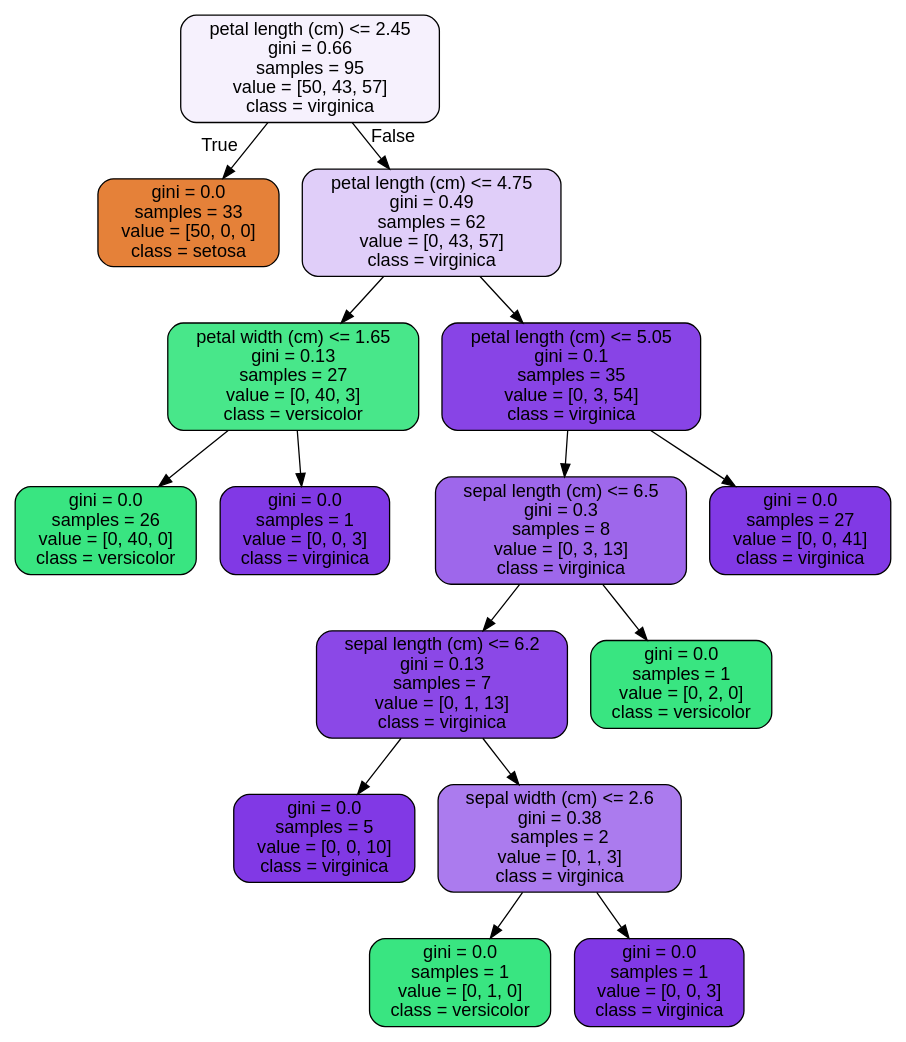
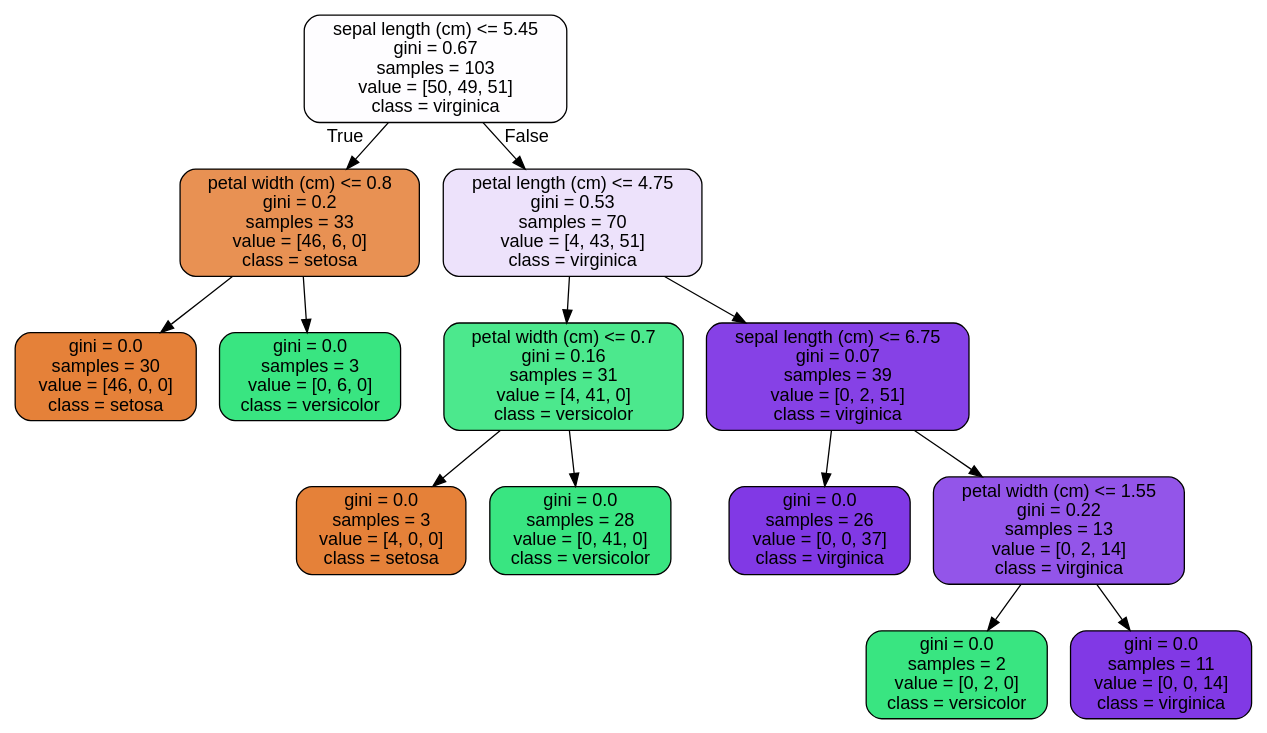
Before and after one commit to andrea-fantini/Springboard: the diagram in RandomForest_Covid_Case_Study/tree.dot, drawn with Graphviz. The commit also changed 1 other file, not shown here.

```diff
--- a/RandomForest_Covid_Case_Study/tree.dot
+++ b/RandomForest_Covid_Case_Study/tree.dot
@@ -1,33 +1,29 @@
 digraph Tree {
 node [shape=box, style="filled, rounded", color="black", fontname=helvetica] ;
 edge [fontname=helvetica] ;
-0 [label="petal length (cm) <= 2.45\ngini = 0.66\nsamples = 95\nvalue = [50, 43, 57]\nclass = virginica", fillcolor="#f6f1fd"] ;
-1 [label="gini = 0.0\nsamples = 33\nvalue = [50, 0, 0]\nclass = setosa", fillcolor="#e58139"] ;
+0 [label="sepal length (cm) <= 5.45\ngini = 0.67\nsamples = 103\nvalue = [50, 49, 51]\nclass = virginica", fillcolor="#fefdff"] ;
+1 [label="petal width (cm) <= 0.8\ngini = 0.2\nsamples = 33\nvalue = [46, 6, 0]\nclass = setosa", fillcolor="#e89153"] ;
 0 -> 1 [labeldistance=2.5, labelangle=45, headlabel="True"] ;
-2 [label="petal length (cm) <= 4.75\ngini = 0.49\nsamples = 62\nvalue = [0, 43, 57]\nclass = virginica", fillcolor="#e0cef9"] ;
-0 -> 2 [labeldistance=2.5, labelangle=-45, headlabel="False"] ;
-3 [label="petal width (cm) <= 1.65\ngini = 0.13\nsamples = 27\nvalue = [0, 40, 3]\nclass = versicolor", fillcolor="#48e78a"] ;
-2 -> 3 ;
-4 [label="gini = 0.0\nsamples = 26\nvalue = [0, 40, 0]\nclass = versicolor", fillcolor="#39e581"] ;
-3 -> 4 ;
-5 [label="gini = 0.0\nsamples = 1\nvalue = [0, 0, 3]\nclass = virginica", fillcolor="#8139e5"] ;
-3 -> 5 ;
-6 [label="petal length (cm) <= 5.05\ngini = 0.1\nsamples = 35\nvalue = [0, 3, 54]\nclass = virginica", fillcolor="#8844e6"] ;
-2 -> 6 ;
-7 [label="sepal length (cm) <= 6.5\ngini = 0.3\nsamples = 8\nvalue = [0, 3, 13]\nclass = virginica", fillcolor="#9e67eb"] ;
-6 -> 7 ;
-8 [label="sepal length (cm) <= 6.2\ngini = 0.13\nsamples = 7\nvalue = [0, 1, 13]\nclass = virginica", fillcolor="#8b48e7"] ;
-7 -> 8 ;
-9 [label="gini = 0.0\nsamples = 5\nvalue = [0, 0, 10]\nclass = virginica", fillcolor="#8139e5"] ;
+2 [label="gini = 0.0\nsamples = 30\nvalue = [46, 0, 0]\nclass = setosa", fillcolor="#e58139"] ;
+1 -> 2 ;
+3 [label="gini = 0.0\nsamples = 3\nvalue = [0, 6, 0]\nclass = versicolor", fillcolor="#39e581"] ;
+1 -> 3 ;
+4 [label="petal length (cm) <= 4.75\ngini = 0.53\nsamples = 70\nvalue = [4, 43, 51]\nclass = virginica", fillcolor="#ede2fb"] ;
+0 -> 4 [labeldistance=2.5, labelangle=-45, headlabel="False"] ;
+5 [label="petal width (cm) <= 0.7\ngini = 0.16\nsamples = 31\nvalue = [4, 41, 0]\nclass = versicolor", fillcolor="#4ce88d"] ;
+4 -> 5 ;
+6 [label="gini = 0.0\nsamples = 3\nvalue = [4, 0, 0]\nclass = setosa", fillcolor="#e58139"] ;
+5 -> 6 ;
+7 [label="gini = 0.0\nsamples = 28\nvalue = [0, 41, 0]\nclass = versicolor", fillcolor="#39e581"] ;
+5 -> 7 ;
+8 [label="sepal length (cm) <= 6.75\ngini = 0.07\nsamples = 39\nvalue = [0, 2, 51]\nclass = virginica", fillcolor="#8641e6"] ;
+4 -> 8 ;
+9 [label="gini = 0.0\nsamples = 26\nvalue = [0, 0, 37]\nclass = virginica", fillcolor="#8139e5"] ;
 8 -> 9 ;
-10 [label="sepal width (cm) <= 2.6\ngini = 0.38\nsamples = 2\nvalue = [0, 1, 3]\nclass = virginica", fillcolor="#ab7bee"] ;
+10 [label="petal width (cm) <= 1.55\ngini = 0.22\nsamples = 13\nvalue = [0, 2, 14]\nclass = virginica", fillcolor="#9355e9"] ;
 8 -> 10 ;
-11 [label="gini = 0.0\nsamples = 1\nvalue = [0, 1, 0]\nclass = versicolor", fillcolor="#39e581"] ;
+11 [label="gini = 0.0\nsamples = 2\nvalue = [0, 2, 0]\nclass = versicolor", fillcolor="#39e581"] ;
 10 -> 11 ;
-12 [label="gini = 0.0\nsamples = 1\nvalue = [0, 0, 3]\nclass = virginica", fillcolor="#8139e5"] ;
+12 [label="gini = 0.0\nsamples = 11\nvalue = [0, 0, 14]\nclass = virginica", fillcolor="#8139e5"] ;
 10 -> 12 ;
-13 [label="gini = 0.0\nsamples = 1\nvalue = [0, 2, 0]\nclass = versicolor", fillcolor="#39e581"] ;
-7 -> 13 ;
-14 [label="gini = 0.0\nsamples = 27\nvalue = [0, 0, 41]\nclass = virginica", fillcolor="#8139e5"] ;
-6 -> 14 ;
 }
```
